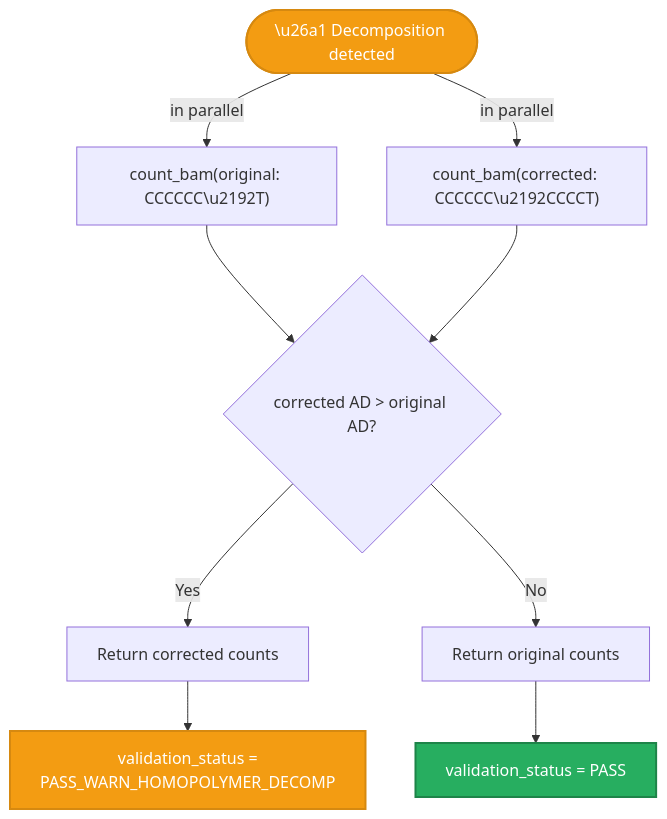
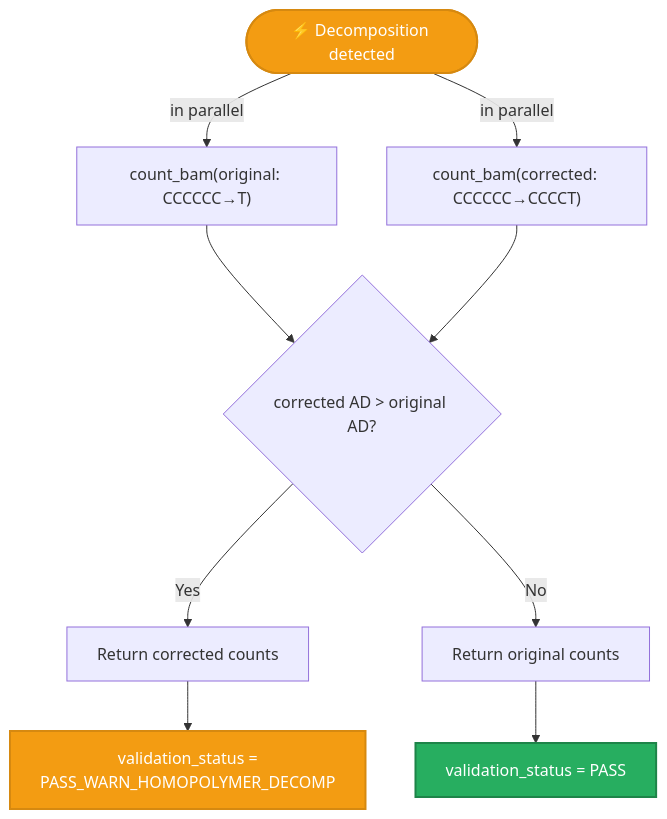
The fifth of 5 diagrams in docs/reference/variant-normalization.md (msk-access/gbcms), drawn with Mermaid before and after one commit. The commit also changed other lines of this file and 4 other files, not shown here.

````diff
--- a/docs/reference/variant-normalization.md
+++ b/docs/reference/variant-normalization.md
@@ -216,19 +216,19 @@
 ```mermaid
 flowchart TD
-    Input(["\u26a1 Decomposition detected"]):::warn
+    Input(["⚡ Decomposition detected"]):::warn
     Input -->|"in parallel"| CountOrig
     Input -->|"in parallel"| CountDecomp
 
-    CountOrig["count_bam(original: CCCCCC\u2192T)"]
-    CountDecomp["count_bam(corrected: CCCCCC\u2192CCCCT)"]
+    CountOrig["count_bam(original: CCCCCC→T)"]
+    CountDecomp["count_bam(corrected: CCCCCC→CCCCT)"]
 
     CountOrig --> Compare
     CountDecomp --> Compare
     Compare{"corrected AD > original AD?"}
 
     Compare -->|"Yes"| UseDecomp["Return corrected counts"] --> FlagWarn["validation_status =\nPASS_WARN_HOMOPOLYMER_DECOMP"]:::warn
     Compare -->|"No"| UseOrig["Return original counts"] --> FlagPass["validation_status = PASS"]:::pass
 
     classDef warn fill:#f39c12,color:#fff,stroke:#d68910,stroke-width:2px;
     classDef pass fill:#27ae60,color:#fff,stroke:#1e8449,stroke-width:2px;
 ```
````
